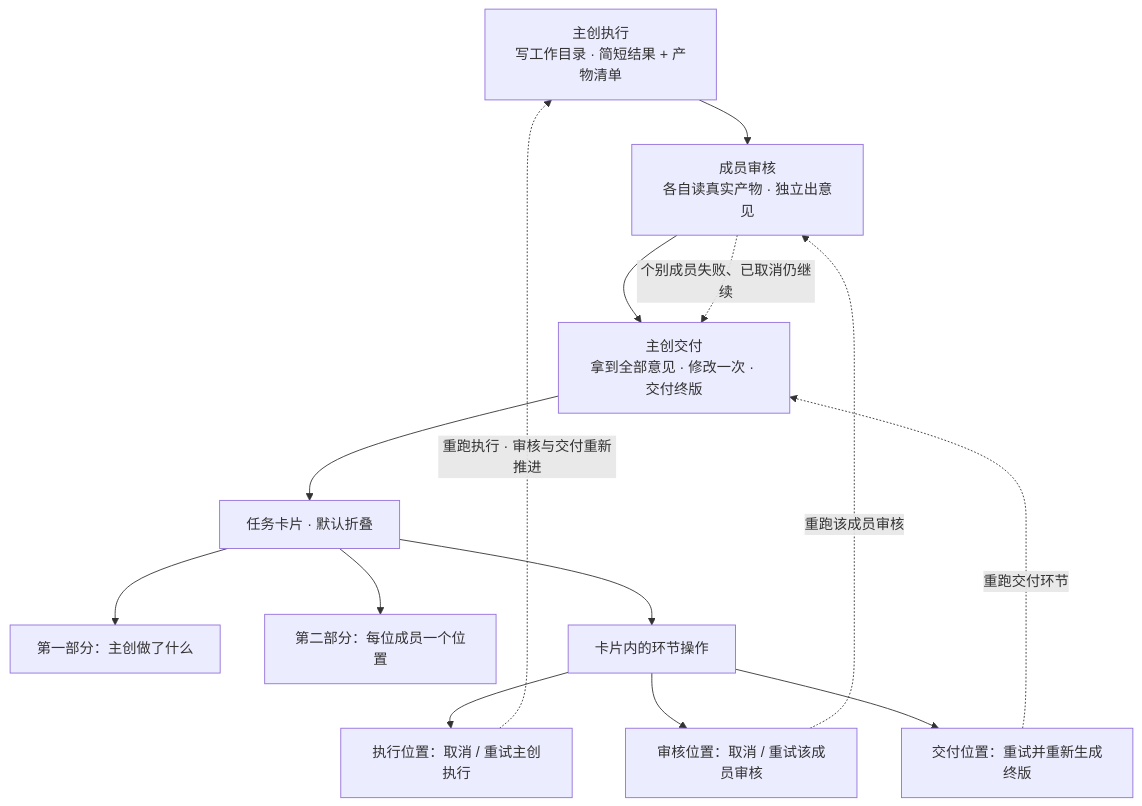
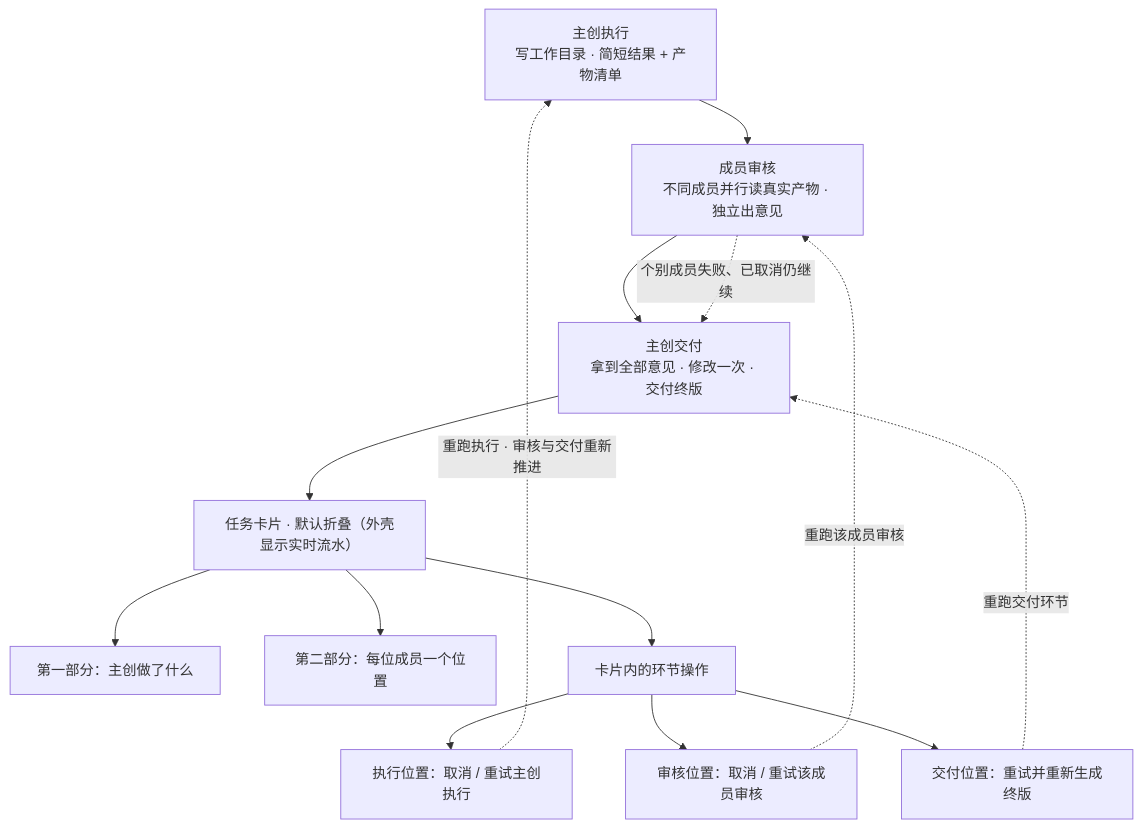
One commit to BinaryAlan/ai-atelier changed the second of 2 diagrams in docs/task-review-protocol.md. Above: the diagram before and after it, drawn with Mermaid. The commit also changed other lines of this file, not shown here.

````diff
--- a/docs/task-review-protocol.md
+++ b/docs/task-review-protocol.md
@@ -254,16 +257,16 @@
 ```mermaid
 flowchart TD
-    A["主创执行<br/>写工作目录 · 简短结果 + 产物清单"] --> B["成员审核<br/>各自读真实产物 · 独立出意见"]
+    A["主创执行<br/>写工作目录 · 简短结果 + 产物清单"] --> B["成员审核<br/>不同成员并行读真实产物 · 独立出意见"]
     B --> C["主创交付<br/>拿到全部意见 · 修改一次 · 交付终版"]
-    C --> D["任务卡片 · 默认折叠"]
+    C --> D["任务卡片 · 默认折叠（外壳显示实时流水）"]
     D --> E["第一部分：主创做了什么"]
     D --> F["第二部分：每位成员一个位置"]
     D --> G["卡片内的环节操作"]
     G --> G0["执行位置：取消 / 重试主创执行"]
     G --> G1["审核位置：取消 / 重试该成员审核"]
     G --> G2["交付位置：重试并重新生成终版"]
     G0 -.->|"重跑执行 · 审核与交付重新推进"| A
     G1 -.->|"重跑该成员审核"| B
     G2 -.->|"重跑交付环节"| C
     B -.->|"个别成员失败、已取消仍继续"| C
 ```
````
